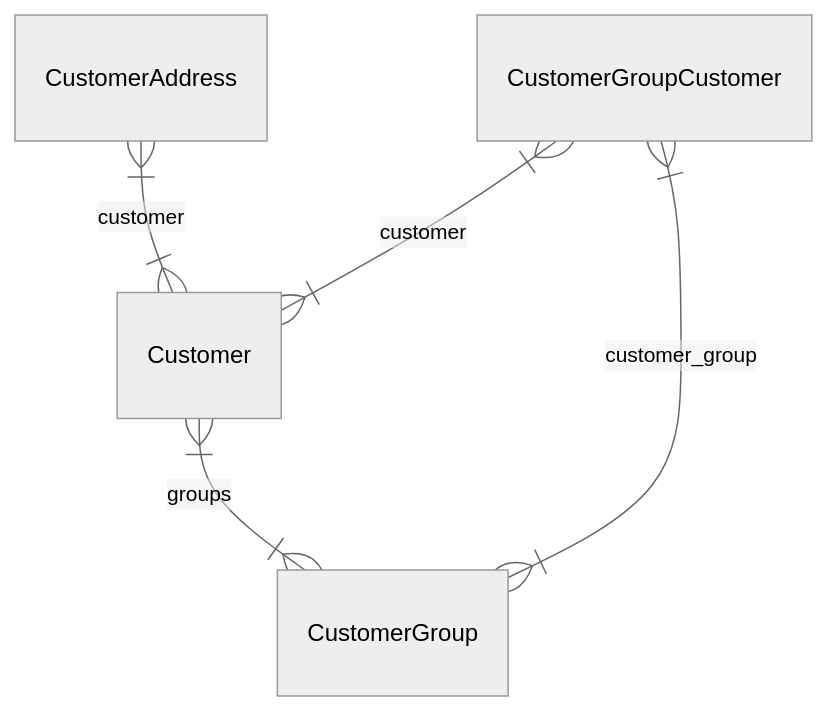
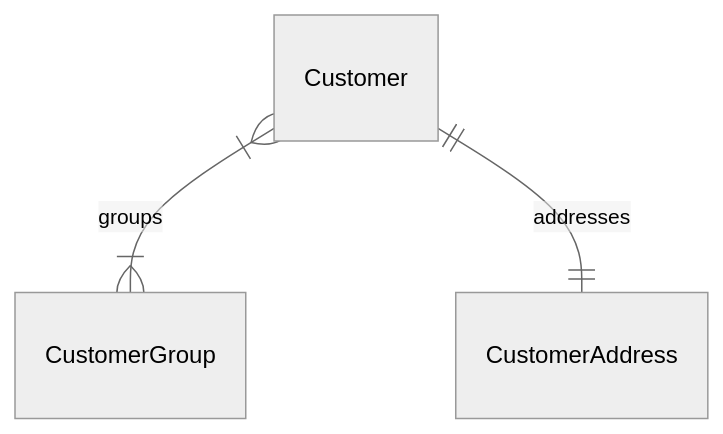
The diagram in www/apps/resources/references/modules/customer_models/page.mdx (zaaakher/medusa), drawn with Mermaid (neutral theme) before and after one commit. The commit also changed other lines of this file and 195 other files, not shown here.

````diff
--- a/www/apps/resources/references/modules/customer_models/page.mdx
+++ b/www/apps/resources/references/modules/customer_models/page.mdx
@@ -14,8 +14,6 @@
 ```mermaid
 erDiagram
-	CustomerAddress }|--|{ Customer : customer
 	Customer }|--|{ CustomerGroup : groups
-	CustomerGroupCustomer }|--|{ Customer : customer
-	CustomerGroupCustomer }|--|{ CustomerGroup : customer_group
+	Customer ||--|| CustomerAddress : addresses
 
 ```
````
